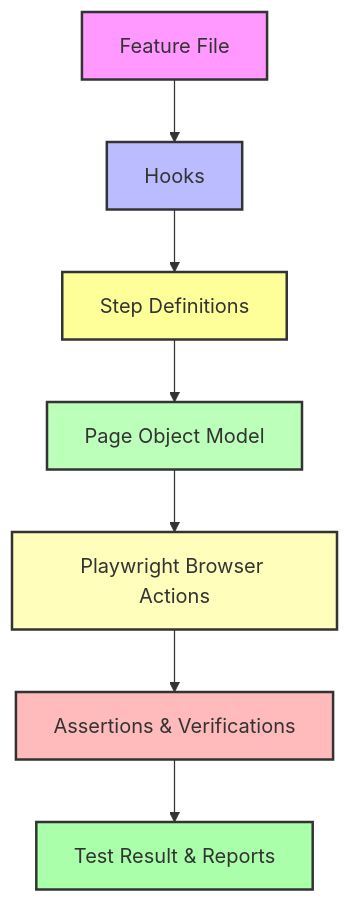
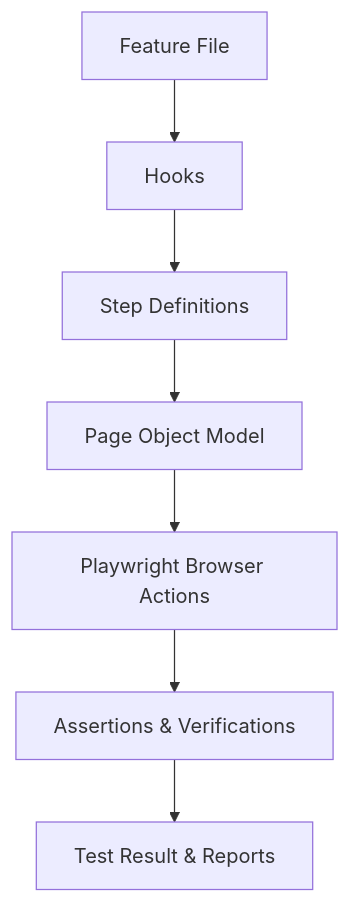
Before and after one commit to hossainks/design-patterns: the diagram in bdd-pattern/README.md, drawn with Mermaid.

````diff
--- a/bdd-pattern/README.md
+++ b/bdd-pattern/README.md
@@ -204,18 +204,10 @@
 ```mermaid
 flowchart TD
 A[Feature File] --> B[Hooks]
 B --> H[Step Definitions]
 H --> C[Page Object Model]
 C --> D[Playwright Browser Actions]
 D --> E[Assertions & Verifications]
 E --> F[Test Result & Reports]
 
-style A fill:#f9f,stroke:#333,stroke-width:2px
-style B fill:#bbf,stroke:#333,stroke-width:2px
-style H fill:#ff9,stroke:#333,stroke-width:2px
-style C fill:#bfb,stroke:#333,stroke-width:2px
-style D fill:#ffb,stroke:#333,stroke-width:2px
-style E fill:#fbb,stroke:#333,stroke-width:2px
-style F fill:#afa,stroke:#333,stroke-width:2px
-
 ```
````
